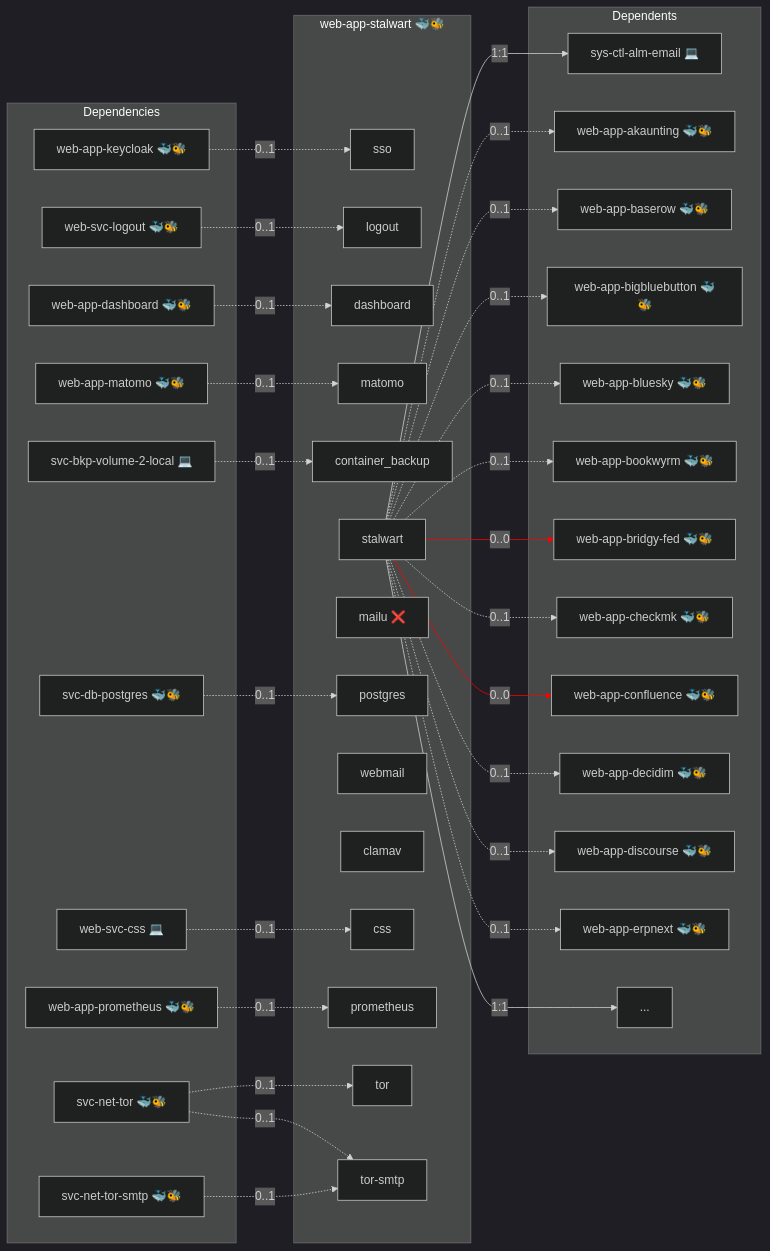
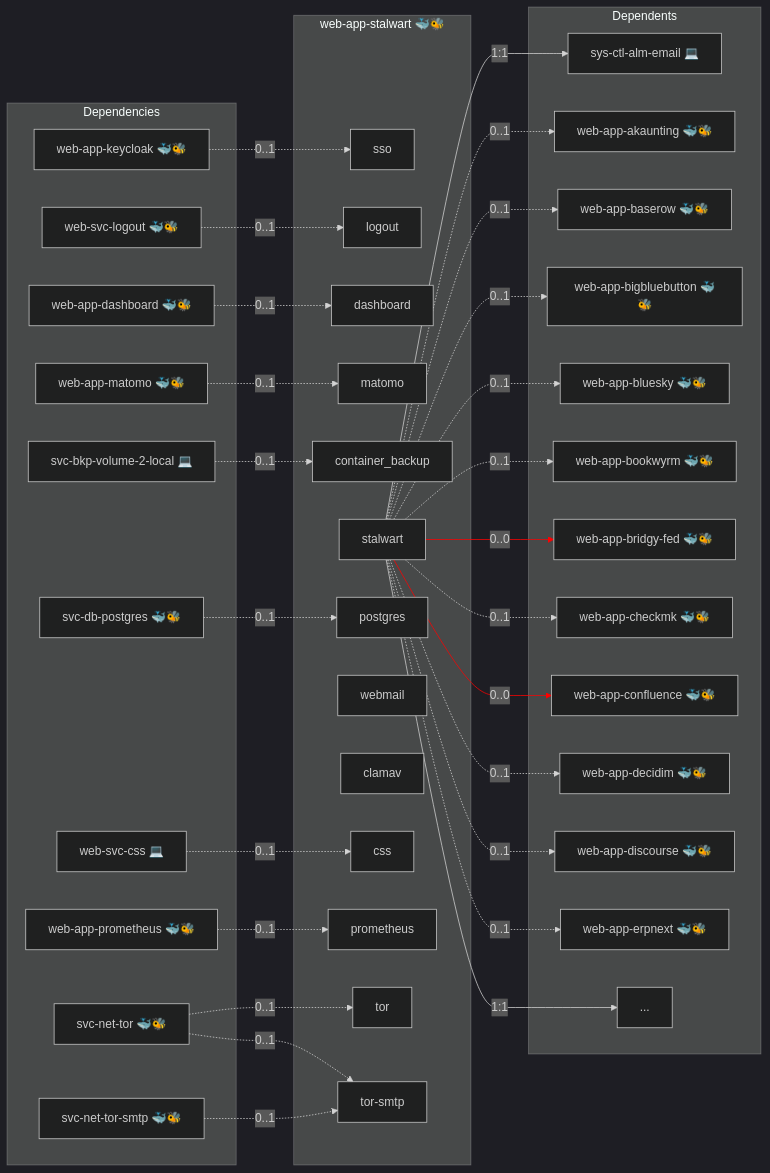
One commit to AlejandroRomanIbanez/infinito-nexus changed the second of 2 diagrams in roles/web-app-stalwart/README.md. Above: the diagram before and after it, drawn with Mermaid (dark theme). The commit also changed 3 other files, not shown here.

````diff
--- a/roles/web-app-stalwart/README.md
+++ b/roles/web-app-stalwart/README.md
@@ -68,71 +68,70 @@
 ```mermaid
 flowchart LR
     subgraph deps [Dependencies]
         dep_svc_bkp_volume_2_local["svc-bkp-volume-2-local 💻"]
         dep_svc_db_postgres["svc-db-postgres 🐳🐝"]
         dep_svc_net_tor["svc-net-tor 🐳🐝"]
         dep_svc_net_tor_smtp["svc-net-tor-smtp 🐳🐝"]
         dep_web_app_dashboard["web-app-dashboard 🐳🐝"]
         dep_web_app_keycloak["web-app-keycloak 🐳🐝"]
         dep_web_app_matomo["web-app-matomo 🐳🐝"]
         dep_web_app_prometheus["web-app-prometheus 🐳🐝"]
         dep_web_svc_css["web-svc-css 💻"]
         dep_web_svc_logout["web-svc-logout 🐳🐝"]
     end
     subgraph role [web-app-stalwart 🐳🐝]
         svc_sso["sso"]
         svc_logout["logout"]
         svc_dashboard["dashboard"]
         svc_matomo["matomo"]
         svc_container_backup["container_backup"]
         svc_stalwart["stalwart"]
-        svc_mailu["mailu ❌"]
         svc_postgres["postgres"]
         svc_webmail["webmail"]
         svc_clamav["clamav"]
         svc_css["css"]
         svc_prometheus["prometheus"]
         svc_tor["tor"]
         svc_tor_smtp["tor-smtp"]
     end
     subgraph dependents [Dependents]
         dpt_sys_ctl_alm_email["sys-ctl-alm-email 💻"]
         dpt_web_app_akaunting["web-app-akaunting 🐳🐝"]
         dpt_web_app_baserow["web-app-baserow 🐳🐝"]
         dpt_web_app_bigbluebutton["web-app-bigbluebutton 🐳🐝"]
         dpt_web_app_bluesky["web-app-bluesky 🐳🐝"]
         dpt_web_app_bookwyrm["web-app-bookwyrm 🐳🐝"]
         dpt_web_app_bridgy_fed["web-app-bridgy-fed 🐳🐝"]
         dpt_web_app_checkmk["web-app-checkmk 🐳🐝"]
         dpt_web_app_confluence["web-app-confluence 🐳🐝"]
         dpt_web_app_decidim["web-app-decidim 🐳🐝"]
         dpt_web_app_discourse["web-app-discourse 🐳🐝"]
         dpt_web_app_erpnext["web-app-erpnext 🐳🐝"]
         dpt_more["..."]
     end
     dep_svc_bkp_volume_2_local -. "0..1" .-> svc_container_backup
     dep_svc_db_postgres -. "0..1" .-> svc_postgres
     dep_svc_net_tor -. "0..1" .-> svc_tor
     dep_svc_net_tor -. "0..1" .-> svc_tor_smtp
     dep_svc_net_tor_smtp -. "0..1" .-> svc_tor_smtp
     dep_web_app_dashboard -. "0..1" .-> svc_dashboard
     dep_web_app_keycloak -. "0..1" .-> svc_sso
     dep_web_app_matomo -. "0..1" .-> svc_matomo
     dep_web_app_prometheus -. "0..1" .-> svc_prometheus
     dep_web_svc_css -. "0..1" .-> svc_css
     dep_web_svc_logout -. "0..1" .-> svc_logout
     svc_stalwart -- "1:1" --> dpt_more
     svc_stalwart -- "1:1" --> dpt_sys_ctl_alm_email
     svc_stalwart -. "0..1" .-> dpt_web_app_akaunting
     svc_stalwart -. "0..1" .-> dpt_web_app_baserow
     svc_stalwart -. "0..1" .-> dpt_web_app_bigbluebutton
     svc_stalwart -. "0..1" .-> dpt_web_app_bluesky
     svc_stalwart -. "0..1" .-> dpt_web_app_bookwyrm
     svc_stalwart -- "0..0" --> dpt_web_app_bridgy_fed
     svc_stalwart -. "0..1" .-> dpt_web_app_checkmk
     svc_stalwart -- "0..0" --> dpt_web_app_confluence
     svc_stalwart -. "0..1" .-> dpt_web_app_decidim
     svc_stalwart -. "0..1" .-> dpt_web_app_discourse
     svc_stalwart -. "0..1" .-> dpt_web_app_erpnext
     linkStyle 18,20 stroke:red;
 ```
````
